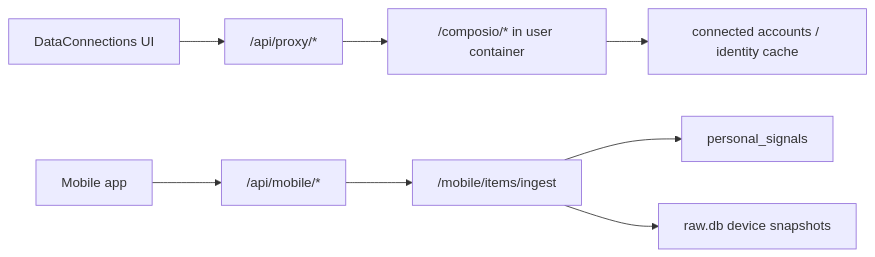
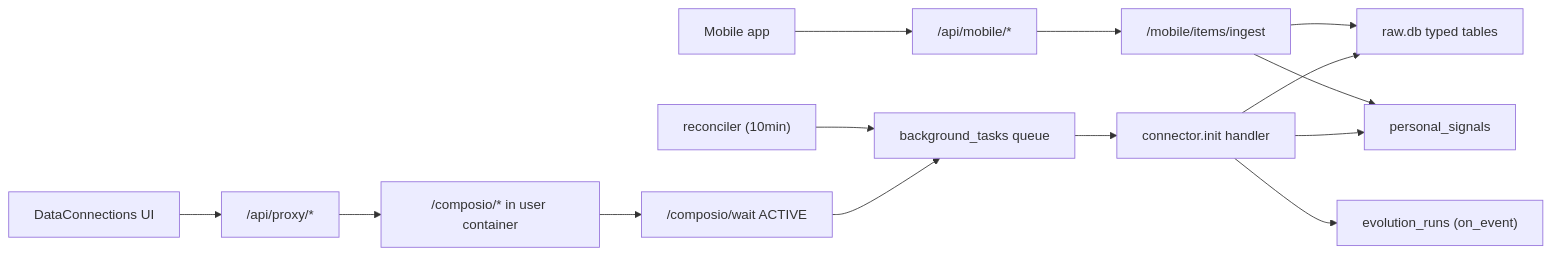
One commit to Edge-AI-HQ/proactive-assistant changed the first of 3 diagrams in docs/modules/data-connectors.mdx. Above: the diagram before and after it, drawn with Mermaid. The commit also changed other lines of this file and 5 other files, not shown here.

````diff
--- a/docs/modules/data-connectors.mdx
+++ b/docs/modules/data-connectors.mdx
@@ -15,10 +16,16 @@
 ```mermaid
 flowchart LR
   UI["DataConnections UI"] --> Proxy["/api/proxy/*"]
   Proxy --> Composio["/composio/* in user container"]
+  Composio --> Wait["/composio/wait ACTIVE"]
+  Wait --> Tasks["background_tasks queue"]
+  Recon["reconciler (10min)"] --> Tasks
+  Tasks --> Handler["connector.init handler"]
+  Handler --> Raw["raw.db typed tables"]
+  Handler --> PS["personal_signals"]
+  Handler --> Evo["evolution_runs (on_event)"]
   Mobile["Mobile app"] --> MobileProxy["/api/mobile/*"]
   MobileProxy --> MobileRoute["/mobile/items/ingest"]
-  MobileRoute --> Signals["personal_signals"]
-  MobileRoute --> Raw["raw.db device snapshots"]
-  Composio --> Status["connected accounts / identity cache"]
+  MobileRoute --> PS
+  MobileRoute --> Raw
 ```
````
